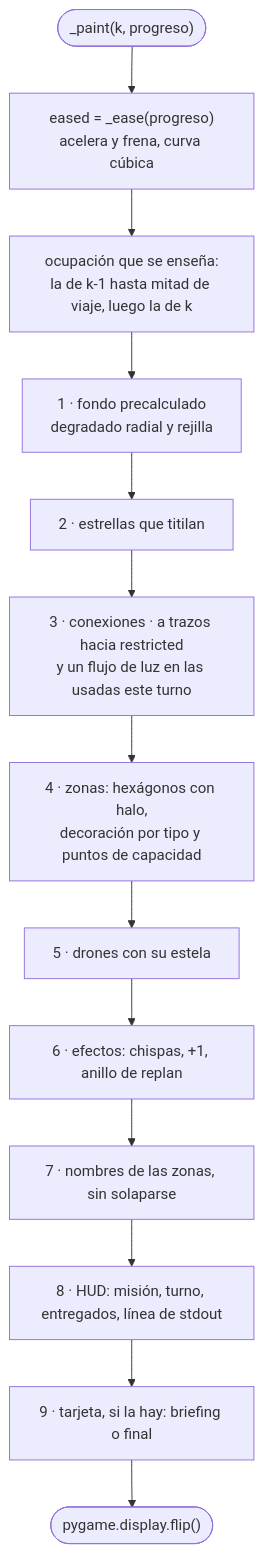
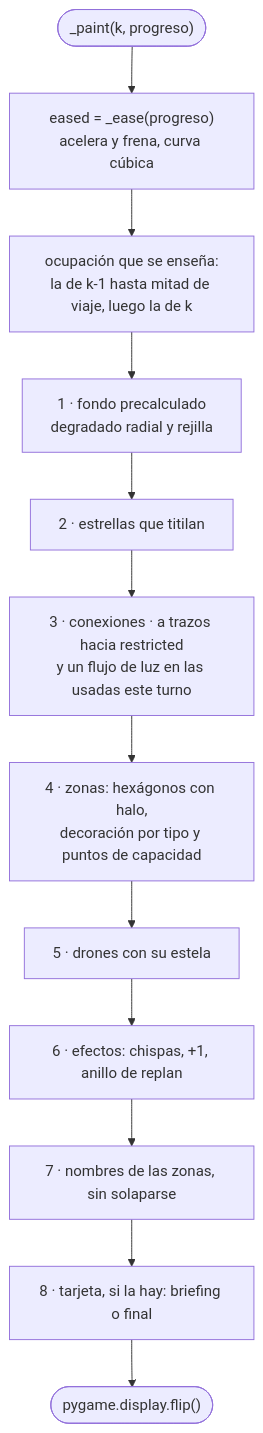
One commit to 0xARCOS/Fly-In changed diagram 45 of 52 in docs/07-diagramas.md. Above: the diagram before and after it, drawn with Mermaid. The commit also changed other lines of this file and 33 other files, not shown here.

````diff
--- a/docs/07-diagramas.md
+++ b/docs/07-diagramas.md
@@ -1450,15 +1386,14 @@
 ```mermaid
 flowchart TD
     A(["_paint(k, progreso)"]) --> E["eased = _ease(progreso)<br/>acelera y frena, curva cúbica"]
     E --> OC["ocupación que se enseña:<br/>la de k-1 hasta mitad de viaje, luego la de k"]
     OC --> L1["1 · fondo precalculado<br/>degradado radial y rejilla"]
     L1 --> L2["2 · estrellas que titilan"]
     L2 --> L3["3 · conexiones · a trazos hacia restricted<br/>y un flujo de luz en las usadas este turno"]
     L3 --> L4["4 · zonas: hexágonos con halo,<br/>decoración por tipo y puntos de capacidad"]
     L4 --> L5["5 · drones con su estela"]
     L5 --> L6["6 · efectos: chispas, +1, anillo de replan"]
     L6 --> L7["7 · nombres de las zonas, sin solaparse"]
-    L7 --> L8["8 · HUD: misión, turno, entregados, línea de stdout"]
-    L8 --> L9["9 · tarjeta, si la hay: briefing o final"]
-    L9 --> F(["pygame.display.flip()"])
+    L7 --> L8["8 · tarjeta, si la hay: briefing o final"]
+    L8 --> F(["pygame.display.flip()"])
 ```
````
